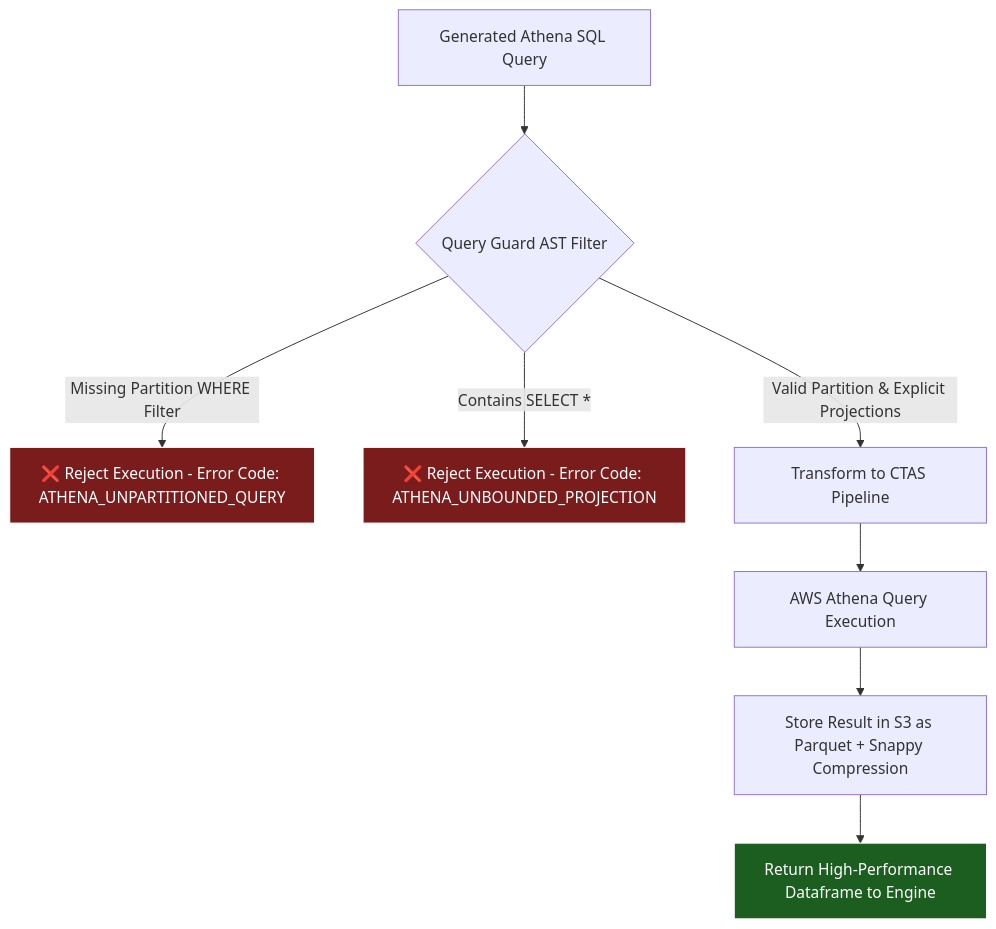
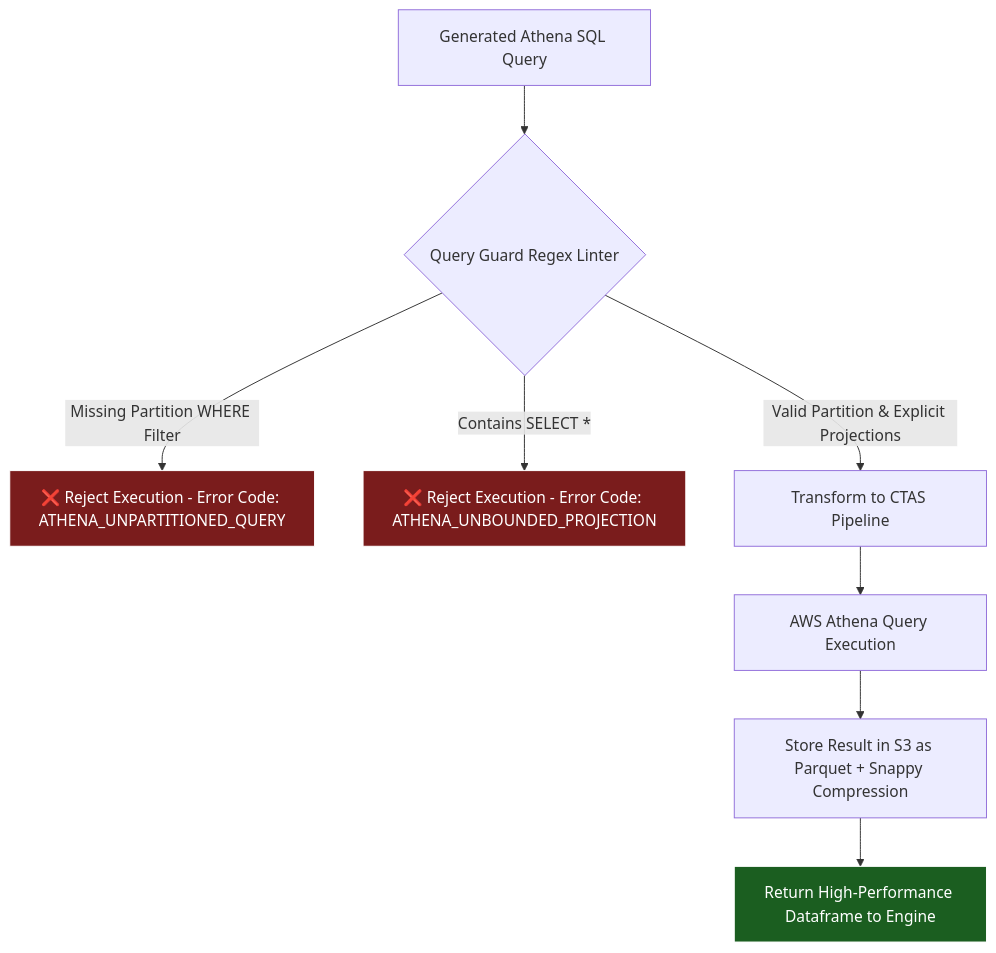
One commit to vfcarida/Athena-reasoning-sandbox changed the second of 2 diagrams in README.md. Above: the diagram before and after it, drawn with Mermaid. The commit also changed other lines of this file and 97 other files, not shown here.

````diff
--- a/README.md
+++ b/README.md
@@ -53,17 +58,17 @@
 ```mermaid
 flowchart TD
-    SQL[Generated Athena SQL Query] --> Guard{Query Guard AST Filter}
+    SQL[Generated Athena SQL Query] --> Guard{Query Guard Regex Linter}
     
     Guard -->|Missing Partition WHERE Filter| Reject1[❌ Reject Execution - Error Code: ATHENA_UNPARTITIONED_QUERY]
     Guard -->|Contains SELECT *| Reject2[❌ Reject Execution - Error Code: ATHENA_UNBOUNDED_PROJECTION]
     
     Guard -->|Valid Partition & Explicit Projections| CTAS[Transform to CTAS Pipeline]
     
     CTAS --> Athena[AWS Athena Query Execution]
     Athena --> S3[Store Result in S3 as Parquet + Snappy Compression]
     S3 --> Result[Return High-Performance Dataframe to Engine]
 
     style Reject1 fill:#7a1c1c,stroke:#fff,color:#fff
     style Reject2 fill:#7a1c1c,stroke:#fff,color:#fff
     style Result fill:#1b5e20,stroke:#fff,color:#fff
 ```
````
